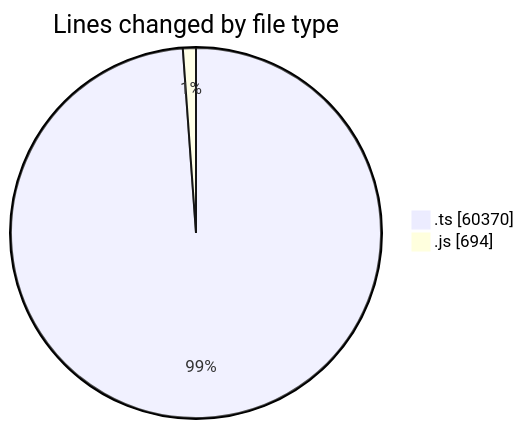
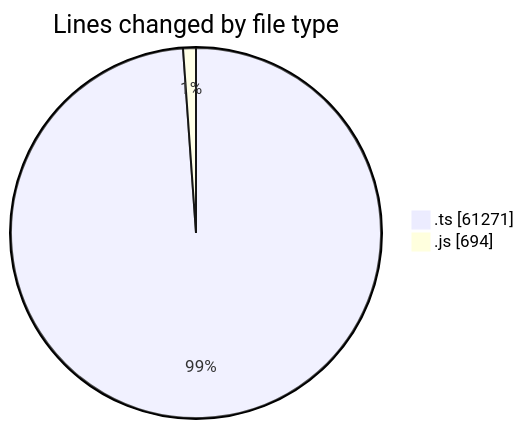
Before and after one commit to momahboobian/code-tracking: the first of 2 diagrams in 2025-09-29/cda/README.md, drawn with Mermaid. The commit also changed other lines of this file and 1 other file, not shown here.

````diff
--- a/2025-09-29/cda/README.md
+++ b/2025-09-29/cda/README.md
@@ -25,6 +26,6 @@
 ```mermaid
 pie showData
 title Lines changed by file type
-".ts" : 60370
+".ts" : 61271
 ".js" : 694
 ```
````
